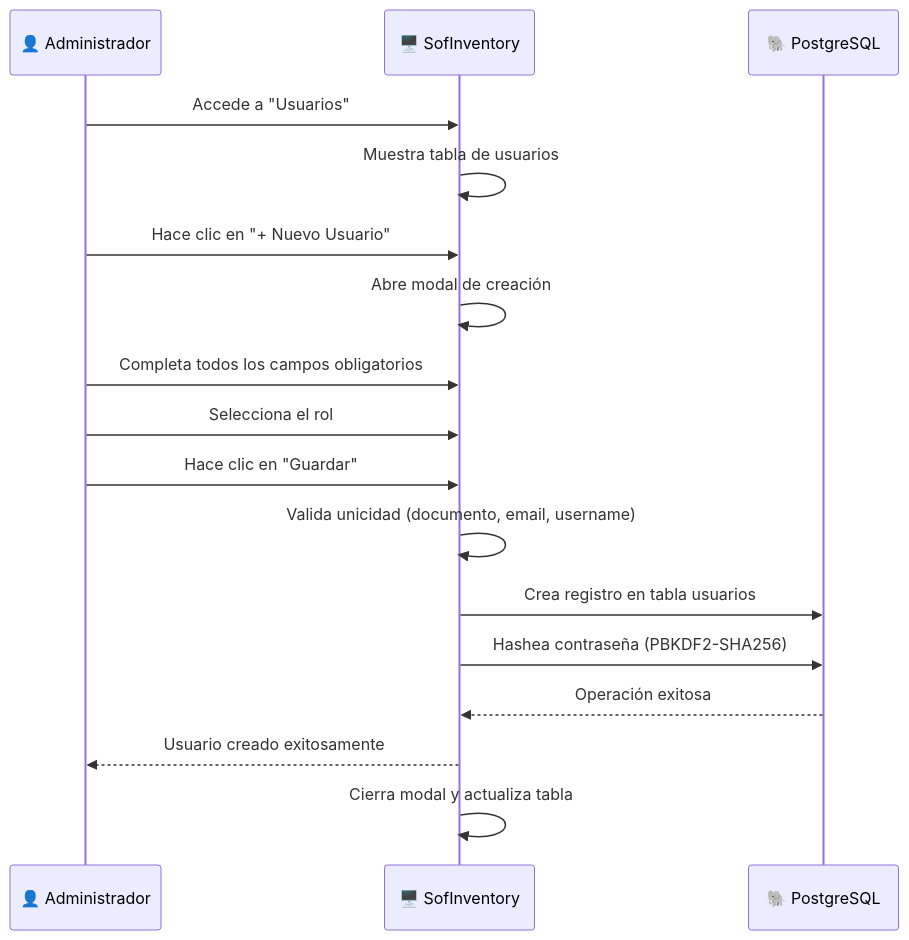
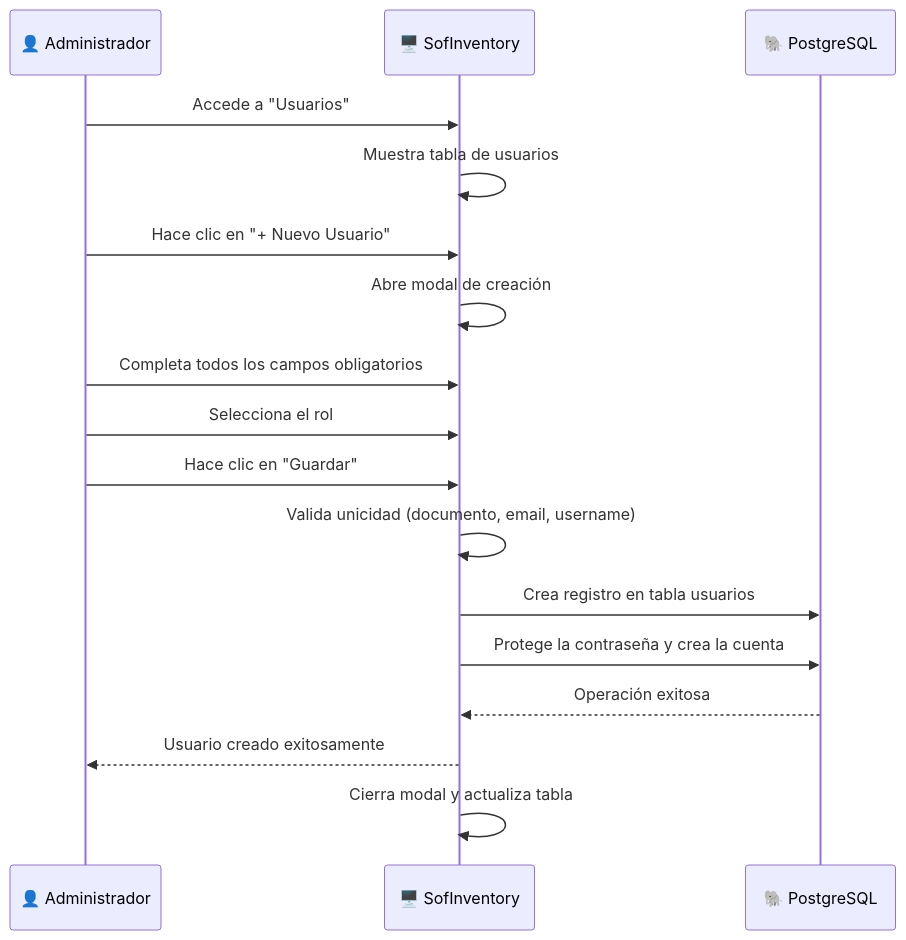
Before and after one commit to AlejandroSepulvedaDuarte/SofInventory: the fifth of 7 diagrams in docs/MANUAL_USUARIO.md, drawn with Mermaid. The commit also changed other lines of this file and 76 other files, not shown here.

````diff
--- a/docs/MANUAL_USUARIO.md
+++ b/docs/MANUAL_USUARIO.md
@@ -923,20 +1096,20 @@
 ```mermaid
 sequenceDiagram
     participant A as 👤 Administrador
     participant S as 🖥️ SofInventory
     participant DB as 🐘 PostgreSQL
 
     A->>S: Accede a "Usuarios"
     S->>S: Muestra tabla de usuarios
     A->>S: Hace clic en "+ Nuevo Usuario"
     S->>S: Abre modal de creación
     A->>S: Completa todos los campos obligatorios
     A->>S: Selecciona el rol
     A->>S: Hace clic en "Guardar"
     S->>S: Valida unicidad (documento, email, username)
     S->>DB: Crea registro en tabla usuarios
-    S->>DB: Hashea contraseña (PBKDF2-SHA256)
+    S->>DB: Protege la contraseña y crea la cuenta
     DB-->>S: Operación exitosa
     S-->>A: Usuario creado exitosamente
     S->>S: Cierra modal y actualiza tabla
 ```
````
